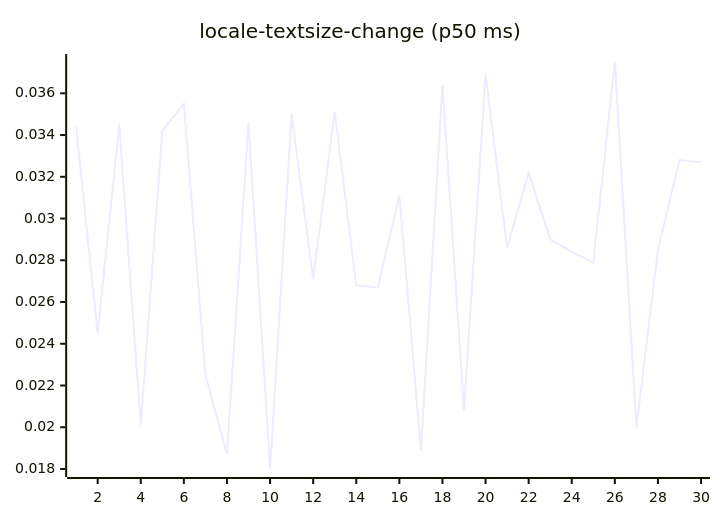
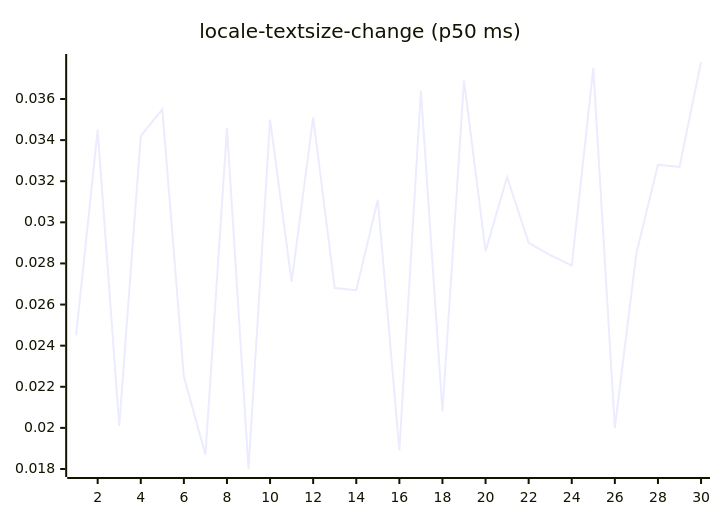
Diagram 13 of 27 in README.md (josha/Facet), drawn with Mermaid before and after one commit. The commit also changed other lines of this file and 2 other files, not shown here.

````diff
--- a/README.md
+++ b/README.md
@@ -147,6 +147,6 @@
 ```mermaid
 xychart-beta
     title "locale-textsize-change (p50 ms)"
     x-axis 1 --> 30
-    line [0.0344, 0.0245, 0.0345, 0.0201, 0.0342, 0.0355, 0.0225, 0.0187, 0.0346, 0.0180, 0.0350, 0.0271, 0.0351, 0.0268, 0.0267, 0.0311, 0.0189, 0.0364, 0.0208, 0.0369, 0.0286, 0.0322, 0.0290, 0.0284, 0.0279, 0.0375, 0.0200, 0.0285, 0.0328, 0.0327]
+    line [0.0245, 0.0345, 0.0201, 0.0342, 0.0355, 0.0225, 0.0187, 0.0346, 0.0180, 0.0350, 0.0271, 0.0351, 0.0268, 0.0267, 0.0311, 0.0189, 0.0364, 0.0208, 0.0369, 0.0286, 0.0322, 0.0290, 0.0284, 0.0279, 0.0375, 0.0200, 0.0285, 0.0328, 0.0327, 0.0378]
 ```
````
